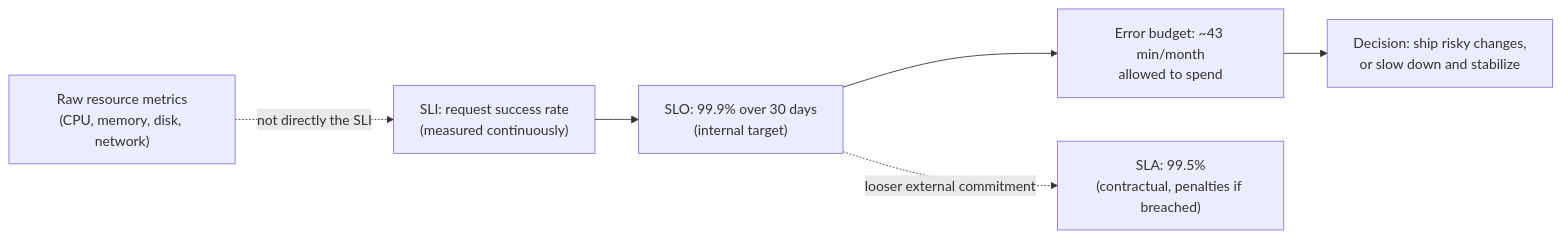
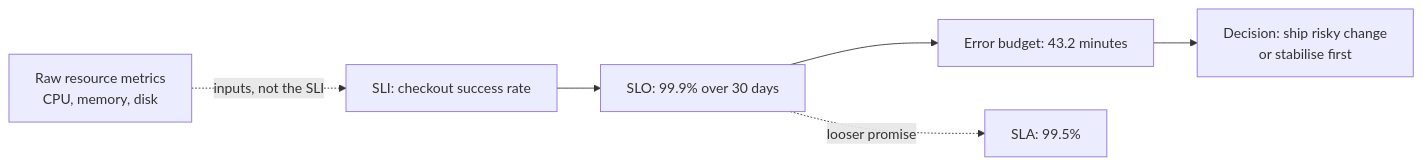
One commit to francoandreDev/knowledge changed the first of 2 diagrams in src/content/infra-delivery/infra-observability/L2-concept.mdx. Above: the diagram before and after it, drawn with Mermaid. The commit also changed other lines of this file and 3 other files, not shown here.

````diff
--- a/src/content/infra-delivery/infra-observability/L2-concept.mdx
+++ b/src/content/infra-delivery/infra-observability/L2-concept.mdx
@@ -44,8 +44,8 @@
 ```mermaid
 flowchart LR
-    Raw["Raw resource metrics\n(CPU, memory, disk, network)"] -.->|"not directly the SLI"| SLI
-    SLI["SLI: request success rate\n(measured continuously)"] --> SLO["SLO: 99.9% over 30 days\n(internal target)"]
-    SLO --> Budget["Error budget: ~43 min/month\nallowed to spend"]
-    Budget --> Decision["Decision: ship risky changes,\nor slow down and stabilize"]
-    SLO -.->|"looser external commitment"| SLA["SLA: 99.5%\n(contractual, penalties if breached)"]
+    RAW["Raw resource metrics<br/>CPU, memory, disk"] -. "inputs, not the SLI" .-> SLI
+    SLI["SLI: checkout success rate"] --> SLO["SLO: 99.9% over 30 days"]
+    SLO --> BUDGET["Error budget: 43.2 minutes"]
+    BUDGET --> DECIDE["Decision: ship risky change<br/>or stabilise first"]
+    SLO -. "looser promise" .-> SLA["SLA: 99.5%"]
 ```
````
